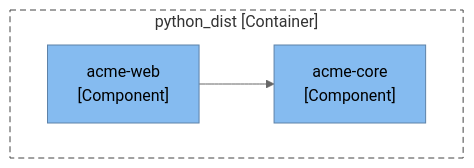
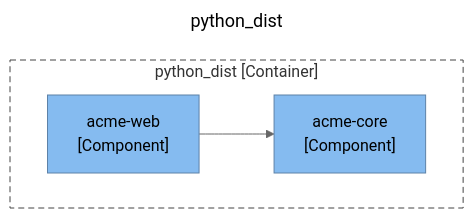
Before and after one commit to ythalorossy/architecture-skills: the second of 3 diagrams in tests/golden/python_dist/output/ArchitectureReport.md, drawn with Mermaid (neutral theme). The commit also changed other lines of this file and 56 other files, not shown here.

First line of the commit message:
feat(c4): title every diagram and add one Key to the report

````diff
--- a/tests/golden/python_dist/output/ArchitectureReport.md
+++ b/tests/golden/python_dist/output/ArchitectureReport.md
@@ -52,16 +66,19 @@
 ```mermaid
+---
+title: "python_dist"
+---
 flowchart TB
     subgraph boundary["python_dist [Container]"]
         acme_core["acme-core<br/>[Component]"]
         acme_web["acme-web<br/>[Component]"]
     end
     acme_web --> acme_core
     classDef person fill:#08427b,stroke:#052e56,color:#ffffff
     classDef container fill:#1168bd,stroke:#0b4884,color:#ffffff
     classDef system fill:#1168bd,stroke:#0b4884,color:#ffffff
     classDef component fill:#85bbf0,stroke:#5d82a8,color:#000000
     classDef external fill:#999999,stroke:#6b6b6b,color:#ffffff
     classDef shared fill:#dbe9f6,stroke:#5d82a8,color:#000000,stroke-dasharray:4 3
     class acme_core,acme_web component
     style boundary fill:none,stroke:#444444,stroke-dasharray:6 4
 ```
````
